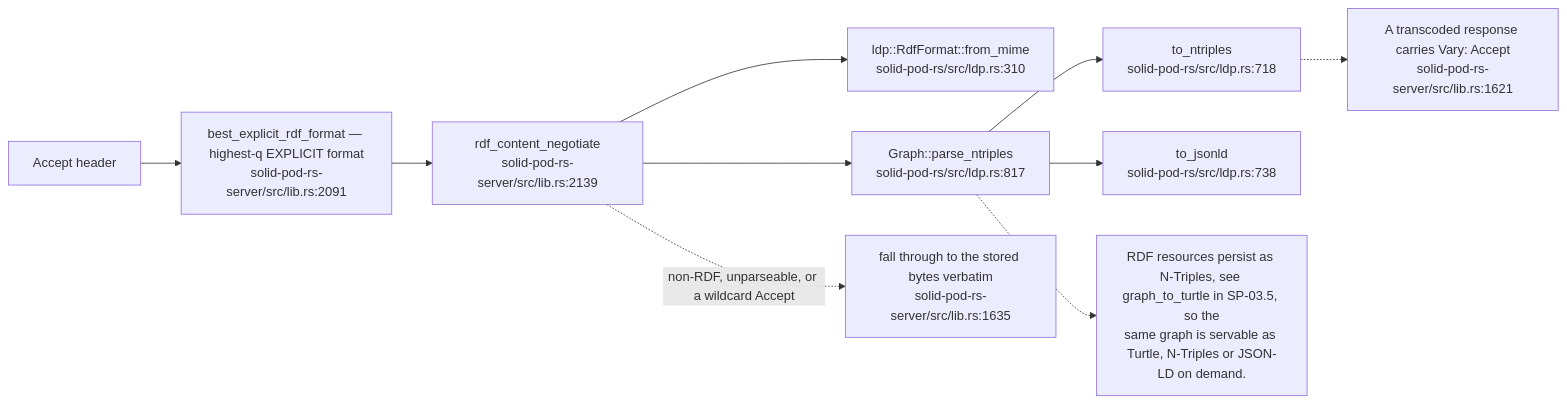
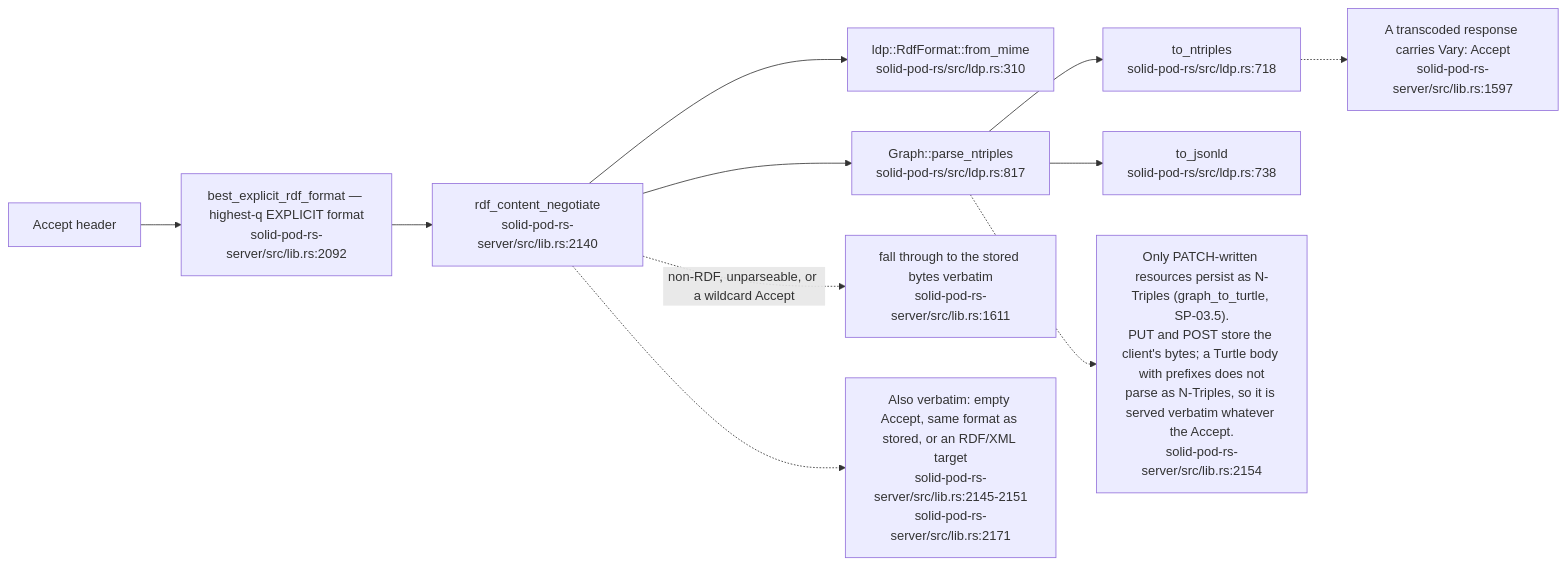
One commit to DreamLab-AI/VisionFlow changed the ninth of 11 diagrams in docs/diagrams/solid-pod-rs/03-ldp-request-lifecycle.md. Above: the diagram before and after it, drawn with Mermaid. The commit also changed other lines of this file and 47 other files, not shown here.

````diff
--- a/docs/diagrams/solid-pod-rs/03-ldp-request-lifecycle.md
+++ b/docs/diagrams/solid-pod-rs/03-ldp-request-lifecycle.md
@@ -282,22 +291,24 @@
 ```mermaid
 flowchart LR
     ACC["Accept header"]
-    BEST["best_explicit_rdf_format — highest-q EXPLICIT format<br/>solid-pod-rs-server/src/lib.rs:2091"]
-    NEG["rdf_content_negotiate<br/>solid-pod-rs-server/src/lib.rs:2139"]
+    BEST["best_explicit_rdf_format — highest-q EXPLICIT format<br/>solid-pod-rs-server/src/lib.rs:2092"]
+    NEG["rdf_content_negotiate<br/>solid-pod-rs-server/src/lib.rs:2140"]
     FMT["ldp::RdfFormat::from_mime<br/>solid-pod-rs/src/ldp.rs:310"]
     NT["Graph::parse_ntriples<br/>solid-pod-rs/src/ldp.rs:817"]
     OUT1["to_ntriples<br/>solid-pod-rs/src/ldp.rs:718"]
     OUT2["to_jsonld<br/>solid-pod-rs/src/ldp.rs:738"]
-    VERB["fall through to the stored bytes verbatim<br/>solid-pod-rs-server/src/lib.rs:1635"]
+    VERB["fall through to the stored bytes verbatim<br/>solid-pod-rs-server/src/lib.rs:1611"]
 
     ACC --> BEST --> NEG --> FMT
     NEG --> NT
     NT --> OUT1
     NT --> OUT2
     NEG -. "non-RDF, unparseable, or a wildcard Accept" .-> VERB
 
-    N["A transcoded response carries Vary: Accept<br/>solid-pod-rs-server/src/lib.rs:1621"]
+    N["A transcoded response carries Vary: Accept<br/>solid-pod-rs-server/src/lib.rs:1597"]
     OUT1 -.-> N
-    N2["RDF resources persist as N-Triples, see graph_to_turtle in SP-03.5, so the<br/>same graph is servable as Turtle, N-Triples or JSON-LD on demand."]
+    N2["Only PATCH-written resources persist as N-Triples (graph_to_turtle, SP-03.5).<br/>PUT and POST store the client's bytes; a Turtle body with prefixes does not<br/>parse as N-Triples, so it is served verbatim whatever the Accept.<br/>solid-pod-rs-server/src/lib.rs:2154"]
     NT -.-> N2
+    N3N["Also verbatim: empty Accept, same format as stored, or an RDF/XML target<br/>solid-pod-rs-server/src/lib.rs:2145-2151<br/>solid-pod-rs-server/src/lib.rs:2171"]
+    NEG -.-> N3N
 ```
````
